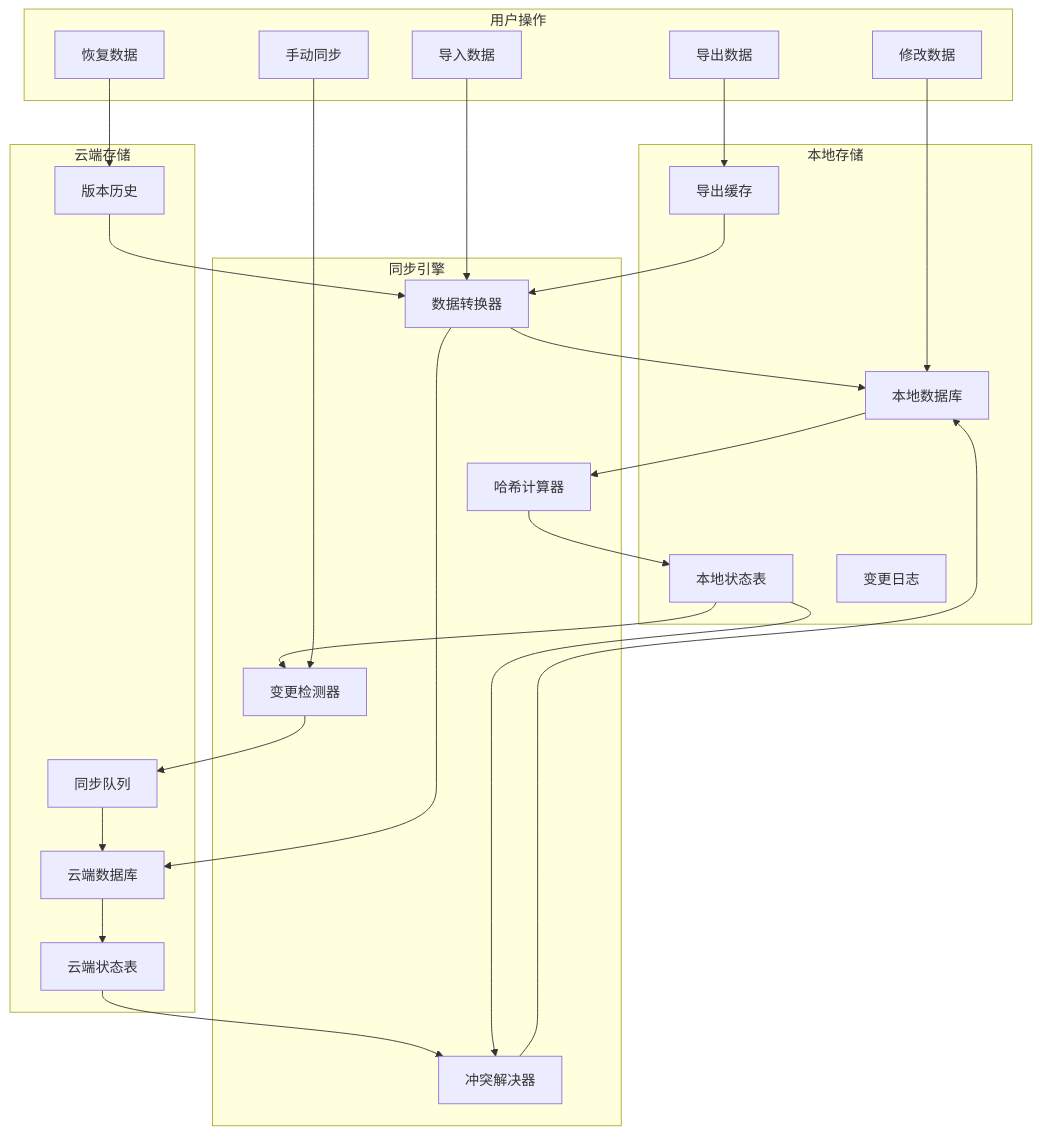
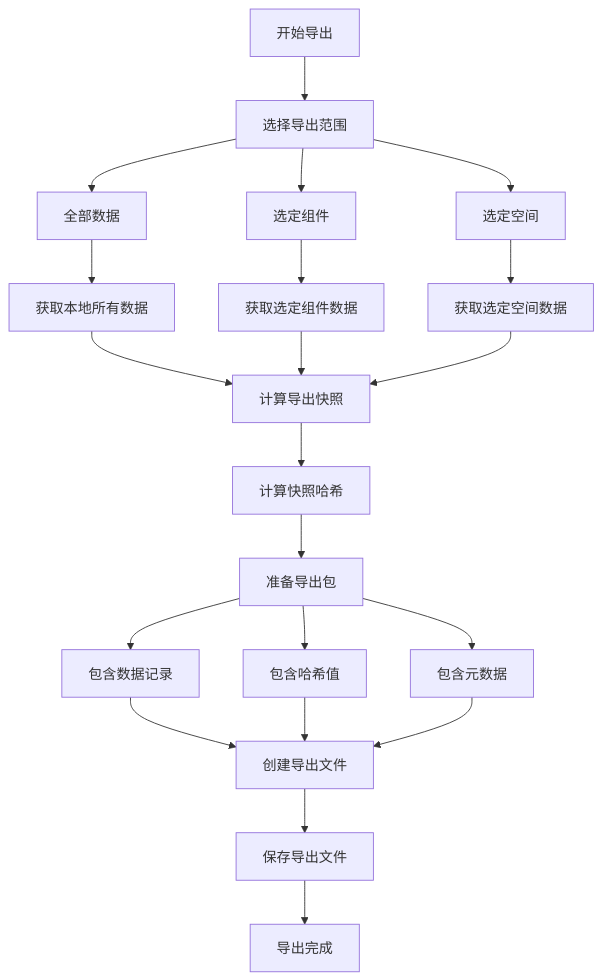
The diagram in all/未命名-42.md (yingjianzh/iodraw-files), drawn with Mermaid before and after one commit.

Commit message:
2025-04-24 15:43:42 update

````diff
--- a/all/未命名-42.md
+++ b/all/未命名-42.md
@@ -1,54 +1,29 @@
 ```mermaid
 flowchart TD
-    subgraph 本地存储
-        LocalDB[本地数据库]
-        LocalState[本地状态表]
-        ChangeLog[变更日志]
-        ExportCache[导出缓存]
-    end
+    Start[开始导出] --> SelectScope[选择导出范围]
+    SelectScope --> AllData[全部数据]
+    SelectScope --> SelectedComponents[选定组件]
+    SelectScope --> SelectedSpaces[选定空间]
     
-    subgraph 云端存储
-        CloudDB[云端数据库]
-        CloudState[云端状态表]
-        SyncQueue[同步队列]
-        VersionHistory[版本历史]
-    end
+    AllData --> FetchLocal[获取本地所有数据]
+    SelectedComponents --> FetchComponents[获取选定组件数据]
+    SelectedSpaces --> FetchSpaces[获取选定空间数据]
     
-    subgraph 同步引擎
-        HashCalculator[哈希计算器]
-        ChangesDetector[变更检测器]
-        ConflictResolver[冲突解决器]
-        DataTransformer[数据转换器]
-    end
+    FetchLocal --> ComputeSnapshot[计算导出快照]
+    FetchComponents --> ComputeSnapshot
+    FetchSpaces --> ComputeSnapshot
     
-    subgraph 用户操作
-        Modify[修改数据]
-        Export[导出数据]
-        Import[导入数据]
-        SyncCommand[手动同步]
-        Restore[恢复数据]
-    end
+    ComputeSnapshot --> CalcSnapshotHash[计算快照哈希]
+    CalcSnapshotHash --> PrepareExportPackage[准备导出包]
     
-    Modify --> LocalDB
-    LocalDB --> HashCalculator
-    HashCalculator --> LocalState
-    LocalState --> ChangesDetector
+    PrepareExportPackage --> IncludeData[包含数据记录]
+    PrepareExportPackage --> IncludeHashes[包含哈希值]
+    PrepareExportPackage --> IncludeMetadata[包含元数据]
     
-    ChangesDetector --> SyncQueue
-    SyncQueue --> CloudDB
-    CloudDB --> CloudState
+    IncludeData --> CreateExportFile[创建导出文件]
+    IncludeHashes --> CreateExportFile
+    IncludeMetadata --> CreateExportFile
     
-    Export --> ExportCache
-    ExportCache --> DataTransformer
-    Import --> DataTransformer
-    DataTransformer --> LocalDB
-    DataTransformer --> CloudDB
-    
-    SyncCommand --> ChangesDetector
-    CloudState --> ConflictResolver
-    LocalState --> ConflictResolver
-    ConflictResolver --> LocalDB
-    
-    Restore --> VersionHistory
-    VersionHistory --> DataTransformer
+    CreateExportFile --> SaveExport[保存导出文件]
+    SaveExport --> End[导出完成]
 ```
````
